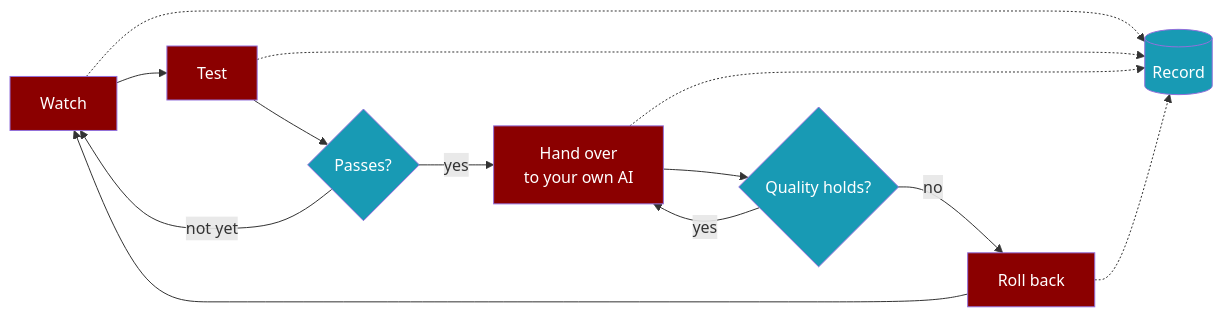
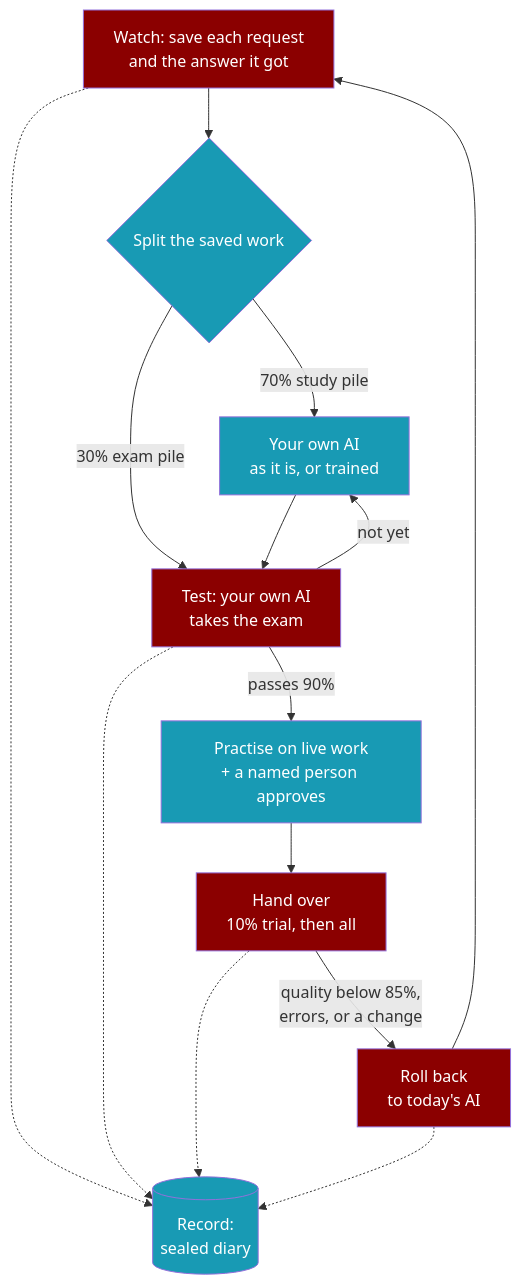
The diagram in docs/guides/task-handover-early-access.mdx (MervinPraison/PraisonAIDocs), drawn with Mermaid before and after one commit. The commit also changed other lines of this file, not shown here.

Commit message:
docs(handover): draw the full pipeline and say what the test tests

````diff
--- a/docs/guides/task-handover-early-access.mdx
+++ b/docs/guides/task-handover-early-access.mdx
@@ -15,21 +15,22 @@
 ```mermaid
-graph LR
-    W[Watch] --> T[Test]
-    T --> H{Passes?}
-    H -->|yes| O[Hand over<br/>to your own AI]
-    H -->|not yet| W
-    O --> Q{Quality holds?}
-    Q -->|yes| O
-    Q -->|no| B[Roll back]
+graph TD
+    W[Watch: save each request<br/>and the answer it got] --> S{Split the saved work}
+    S -->|70% study pile| O[Your own AI<br/>as it is, or trained]
+    S -->|30% exam pile| T[Test: your own AI<br/>takes the exam]
+    O --> T
+    T -->|not yet| O
+    T -->|passes 90%| P[Practise on live work<br/>+ a named person approves]
+    P --> H[Hand over<br/>10% trial, then all]
+    H -->|quality below 85%,<br/>errors, or a change| B[Roll back<br/>to today's AI]
     B --> W
-    W -.-> R[(Record)]
+    W -.-> R[(Record:<br/>sealed diary)]
     T -.-> R
-    O -.-> R
+    H -.-> R
     B -.-> R
 
     classDef agent fill:#8B0000,color:#fff
     classDef tool fill:#189AB4,color:#fff
 
-    class W,T,O,B agent
-    class H,Q,R tool
+    class W,T,H,B agent
+    class S,O,P,R tool
 ```
````
